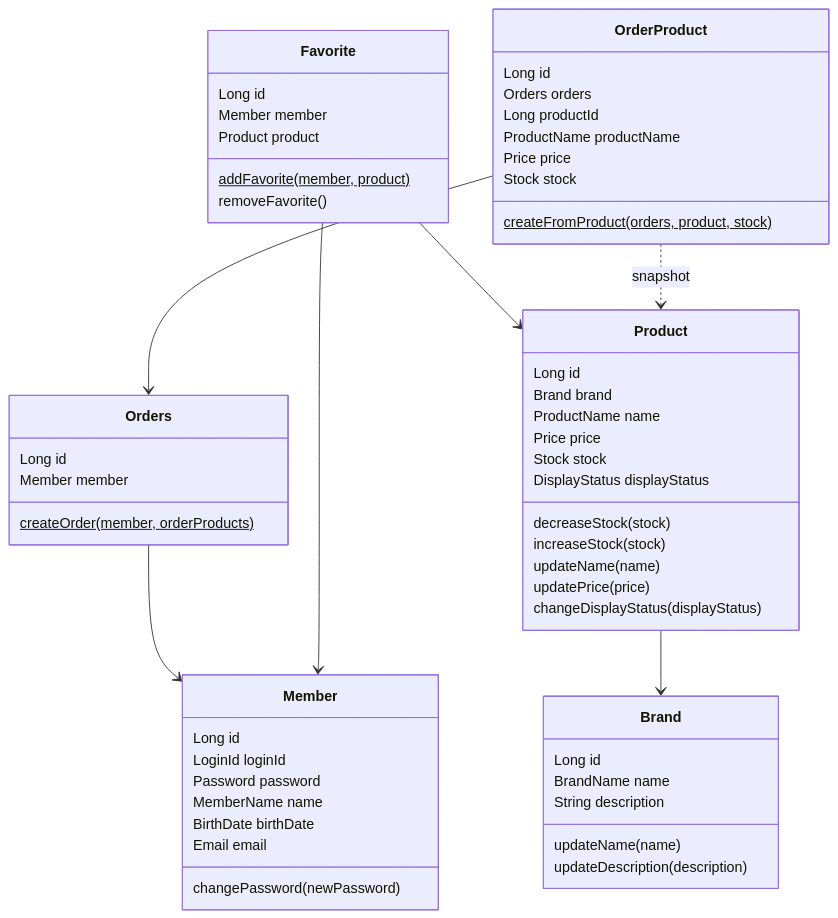
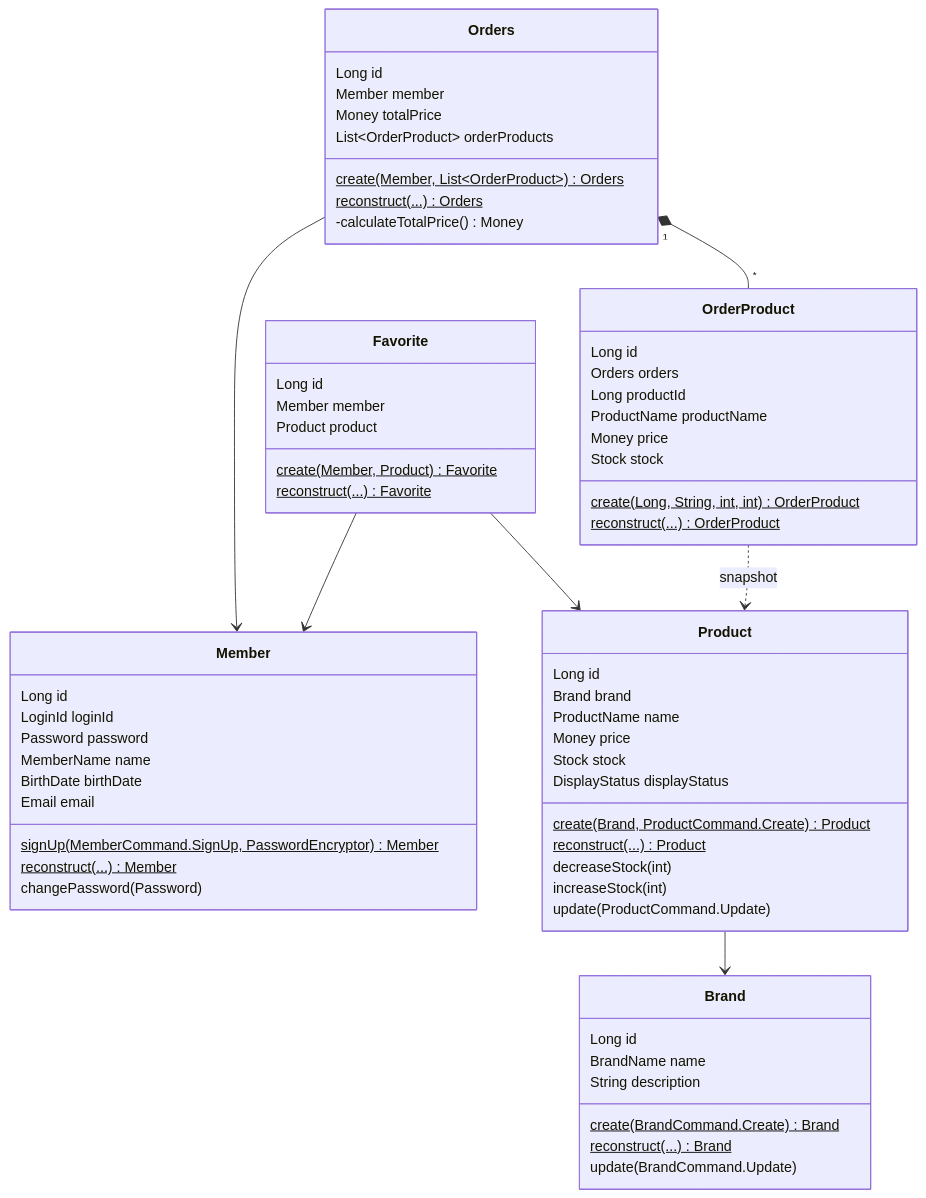
One commit to Loopers-dev-lab/loop-pack-be-l2-vol3-java changed the first of 4 diagrams in docs/design/03-class-diagram.md. Above: the diagram before and after it, drawn with Mermaid. The commit also changed other lines of this file and 2 other files, not shown here.

````diff
--- a/docs/design/03-class-diagram.md
+++ b/docs/design/03-class-diagram.md
@@ -7,68 +7,75 @@
 ```mermaid
 classDiagram
     direction TB
 
     class Member {
         Long id
         LoginId loginId
         Password password
         MemberName name
         BirthDate birthDate
         Email email
-        changePassword(newPassword)
+        signUp(MemberCommand.SignUp, PasswordEncryptor)$ Member
+        reconstruct(...)$ Member
+        changePassword(Password)
     }
 
     class Brand {
         Long id
         BrandName name
         String description
-        updateName(name)
-        updateDescription(description)
+        create(BrandCommand.Create)$ Brand
+        reconstruct(...)$ Brand
+        update(BrandCommand.Update)
     }
 
     class Product {
         Long id
         Brand brand
         ProductName name
-        Price price
+        Money price
         Stock stock
         DisplayStatus displayStatus
-        decreaseStock(stock)
-        increaseStock(stock)
-        updateName(name)
-        updatePrice(price)
-        changeDisplayStatus(displayStatus)
-    }
-
-    class Favorite {
-        Long id
-        Member member
-        Product product
-        addFavorite(member, product)$
-        removeFavorite()
+        create(Brand, ProductCommand.Create)$ Product
+        reconstruct(...)$ Product
+        decreaseStock(int)
+        increaseStock(int)
+        update(ProductCommand.Update)
     }
 
     class Orders {
         Long id
         Member member
-        createOrder(member, orderProducts)$
+        Money totalPrice
+        List~OrderProduct~ orderProducts
+        create(Member, List~OrderProduct~)$ Orders
+        reconstruct(...)$ Orders
+        -calculateTotalPrice() Money
     }
 
     class OrderProduct {
         Long id
         Orders orders
         Long productId
         ProductName productName
-        Price price
+        Money price
         Stock stock
-        createFromProduct(orders, product, stock)$
+        create(Long, String, int, int)$ OrderProduct
+        reconstruct(...)$ OrderProduct
+    }
+
+    class Favorite {
+        Long id
+        Member member
+        Product product
+        create(Member, Product)$ Favorite
+        reconstruct(...)$ Favorite
     }
 
     Product --> Brand
     Orders --> Member
+    Orders "1" *-- "*" OrderProduct
     Favorite --> Member
     Favorite --> Product
-    OrderProduct --> Orders
     OrderProduct ..> Product : snapshot
-
 ```
````
